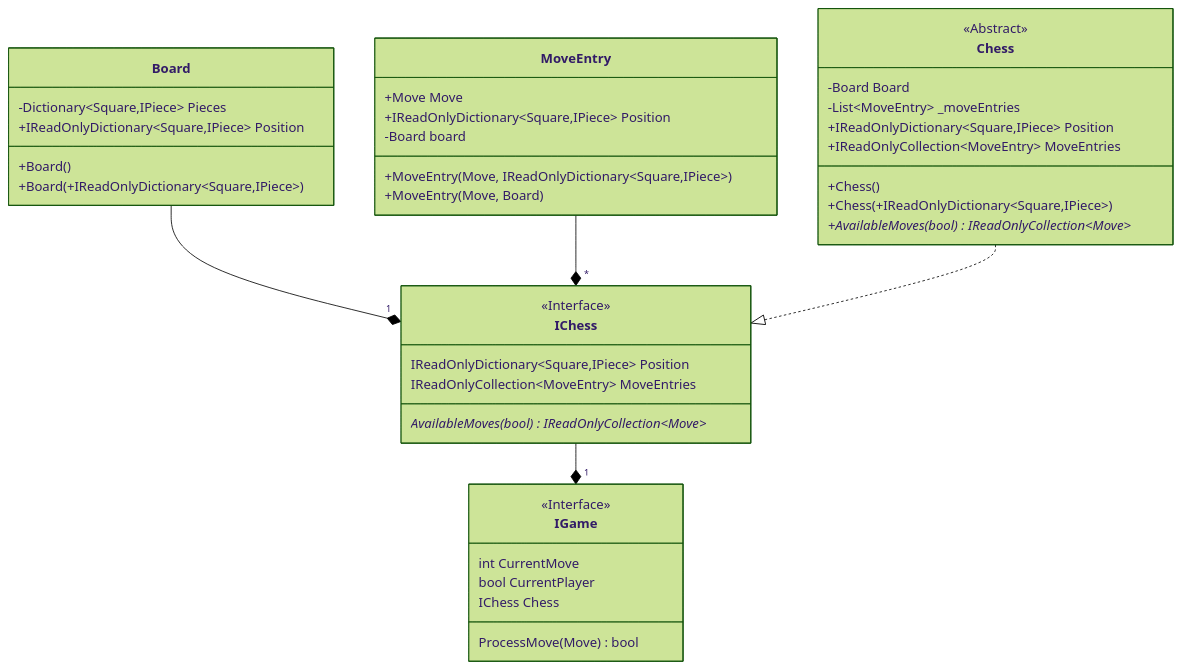
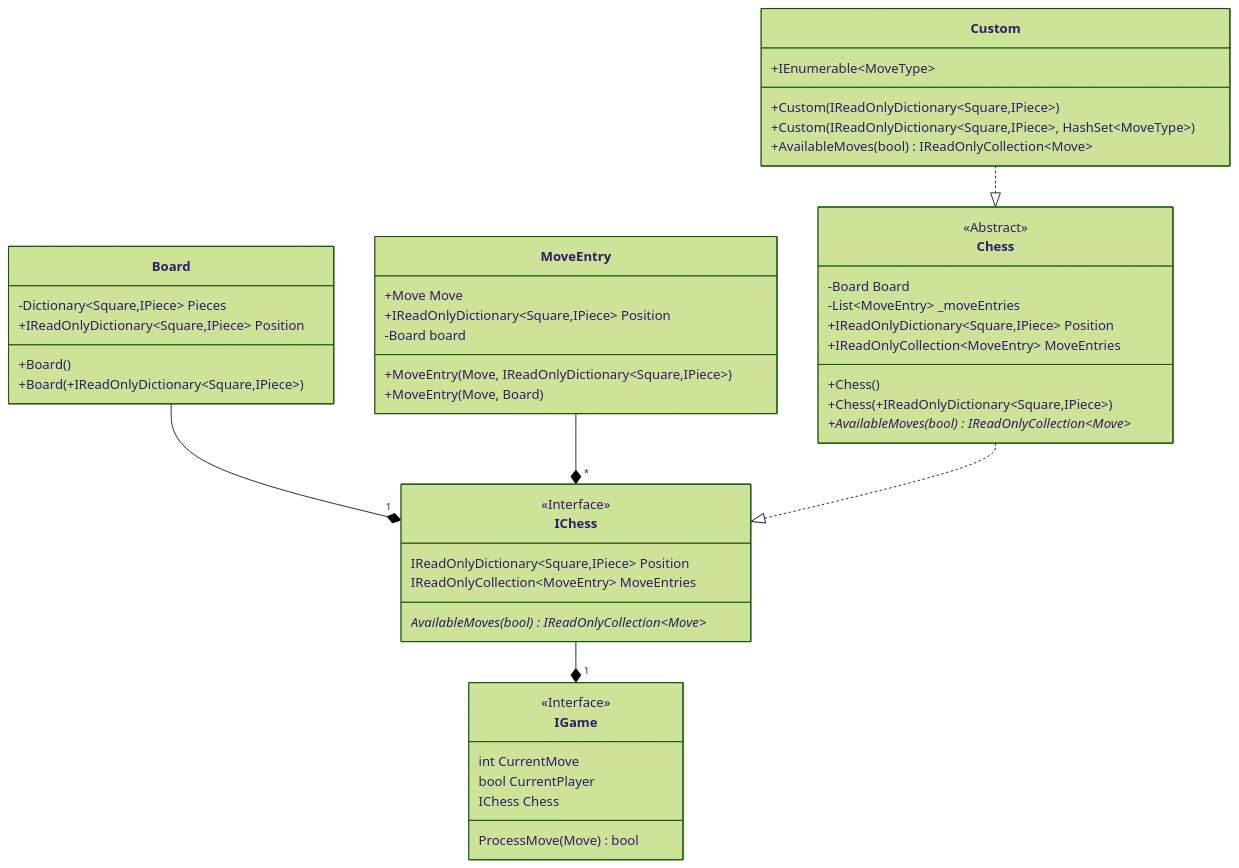
One commit to JeanLColombo/Mate changed the diagram in UML Diagram/Core/Game.md. Above: the diagram before and after it, drawn with Mermaid (forest theme). The commit also changed 3 other files, not shown here.

Commit message:
Implementing custom chess unit tests

````diff
--- a/UML Diagram/Core/Game.md
+++ b/UML Diagram/Core/Game.md
@@ -1,43 +1,50 @@
 ```mermaid
     classDiagram
     class IChess{
         <<Interface>>
         IReadOnlyDictionary~Square,IPiece~ Position
         IReadOnlyCollection~MoveEntry~ MoveEntries
         AvailableMoves(bool)* IReadOnlyCollection~Move~
     }
     class IGame{
         <<Interface>>
         int CurrentMove
         bool CurrentPlayer
         IChess Chess
         ProcessMove(Move) bool
     }
     class Chess{
         <<Abstract>>
         -Board Board
         -List~MoveEntry~ _moveEntries
         +IReadOnlyDictionary~Square,IPiece~ Position
         +IReadOnlyCollection~MoveEntry~ MoveEntries
         +Chess()
         +Chess(+IReadOnlyDictionary~Square,IPiece~)
         +AvailableMoves(bool)* IReadOnlyCollection~Move~
     }
     class Board{
         -Dictionary~Square,IPiece~ Pieces
         +IReadOnlyDictionary~Square,IPiece~ Position 
         +Board()
         +Board(+IReadOnlyDictionary~Square,IPiece~)
     }
     class MoveEntry{
         +Move Move
         +IReadOnlyDictionary~Square,IPiece~ Position
         -Board board
         +MoveEntry(Move, IReadOnlyDictionary~Square,IPiece~)
         +MoveEntry(Move, Board)
     }
+    class Custom{
+        +IEnumerable~MoveType~
+        +Custom(IReadOnlyDictionary~Square,IPiece~)
+        +Custom(IReadOnlyDictionary~Square,IPiece~, HashSet~MoveType~)
+        +AvailableMoves(bool) IReadOnlyCollection~Move~
+    }
     Board --* "1" IChess
     MoveEntry --* "*" IChess
     Chess ..|> IChess
     IChess --* "1" IGame
+    Custom ..|> Chess
 ```
````
